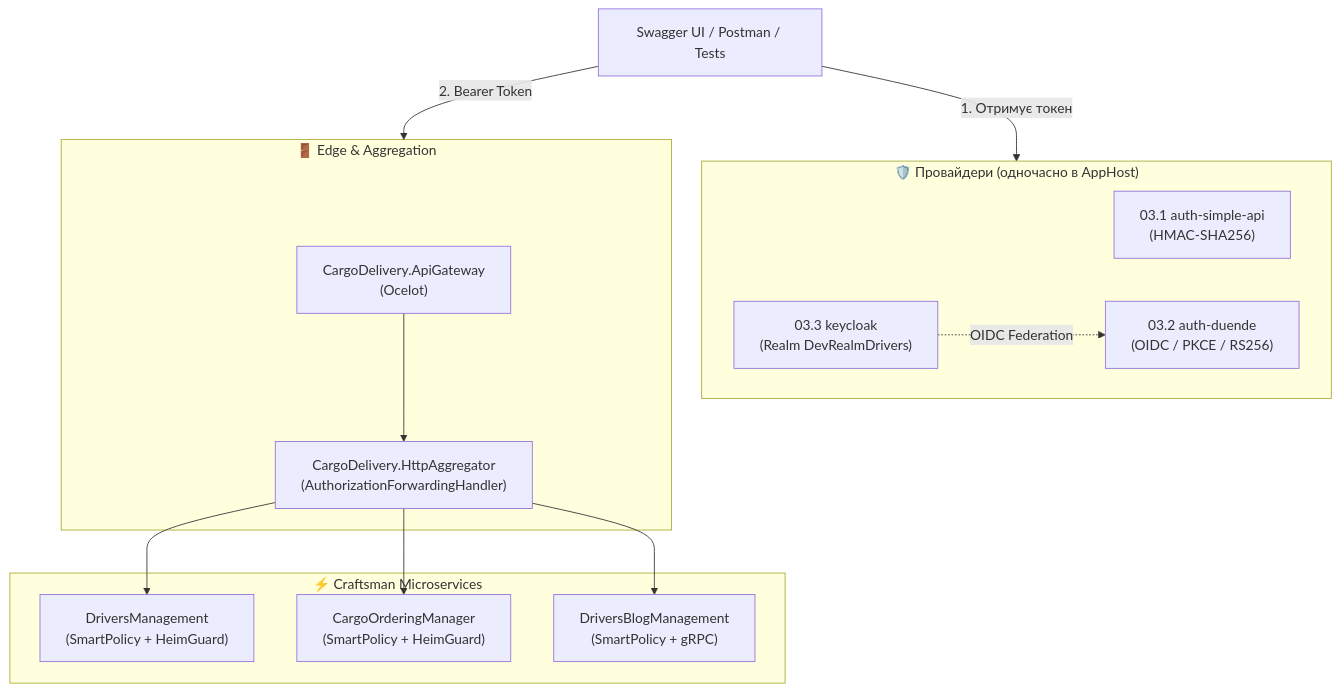
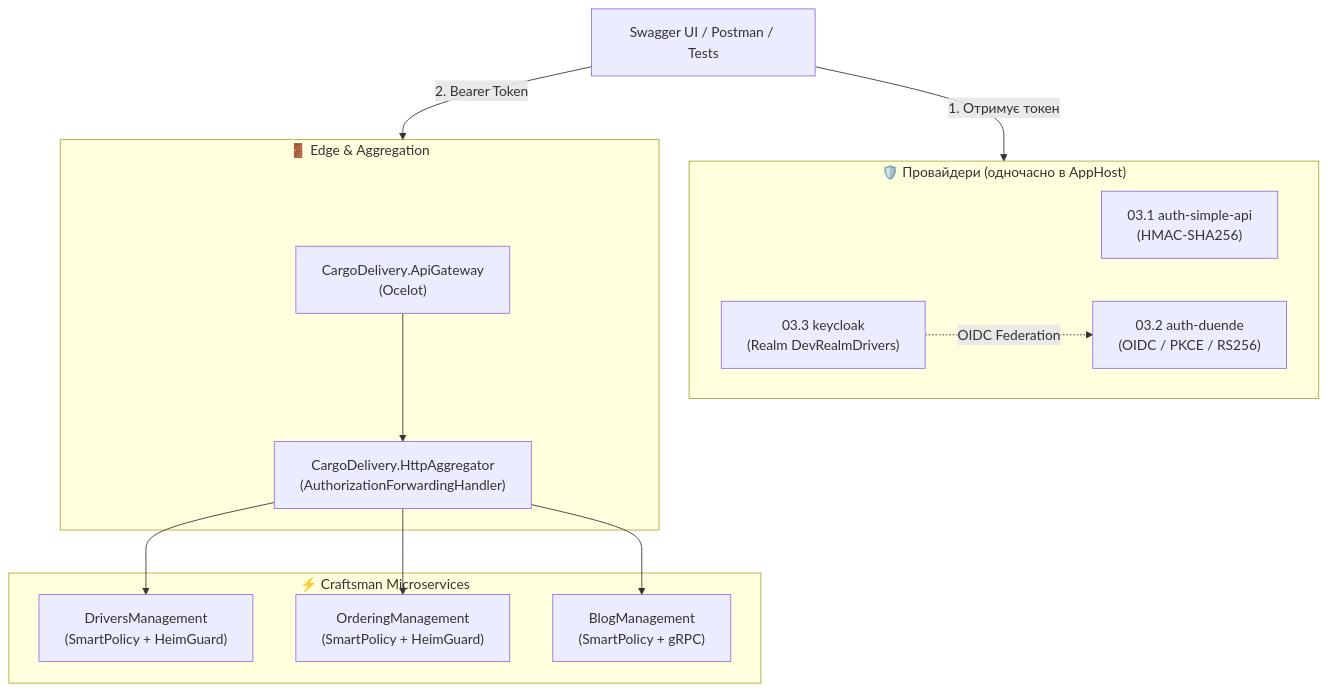
Before and after one commit to MrTomkaYurii/Demo-AspNet-CargoDeliveryService: the diagram in 02-Microservices-Craftsman/02-03-Identity-Security-Documentation/README.md, drawn with Mermaid. The commit also changed other lines of this file and 1261 other files, not shown here.

Commit message:
refactor(craftsman): rename CargoOrderingManager to OrderingManagement and DriversBlogManagement to BlogManagement

````diff
--- a/02-Microservices-Craftsman/02-03-Identity-Security-Documentation/README.md
+++ b/02-Microservices-Craftsman/02-03-Identity-Security-Documentation/README.md
@@ -21,29 +21,29 @@
 ```mermaid
 flowchart TB
     Client["Swagger UI / Postman / Tests"]
 
     subgraph Auth ["🛡️ Провайдери (одночасно в AppHost)"]
         M1["03.1 auth-simple-api<br/>(HMAC-SHA256)"]
         M2["03.2 auth-duende<br/>(OIDC / PKCE / RS256)"]
         M3["03.3 keycloak<br/>(Realm DevRealmDrivers)"]
         M3 -.->|"OIDC Federation"| M2
     end
 
     subgraph Gate ["🚪 Edge & Aggregation"]
         GW["CargoDelivery.ApiGateway<br/>(Ocelot)"]
         AGG["CargoDelivery.HttpAggregator<br/>(AuthorizationForwardingHandler)"]
         GW --> AGG
     end
 
     subgraph Services ["⚡ Craftsman Microservices"]
         DM["DriversManagement<br/>(SmartPolicy + HeimGuard)"]
-        CO["CargoOrderingManager<br/>(SmartPolicy + HeimGuard)"]
-        DB["DriversBlogManagement<br/>(SmartPolicy + gRPC)"]
+        CO["OrderingManagement<br/>(SmartPolicy + HeimGuard)"]
+        DB["BlogManagement<br/>(SmartPolicy + gRPC)"]
         AGG --> DM
         AGG --> CO
         AGG --> DB
     end
 
     Client -->|"1. Отримує токен"| Auth
     Client -->|"2. Bearer Token"| Gate
 ```
````
